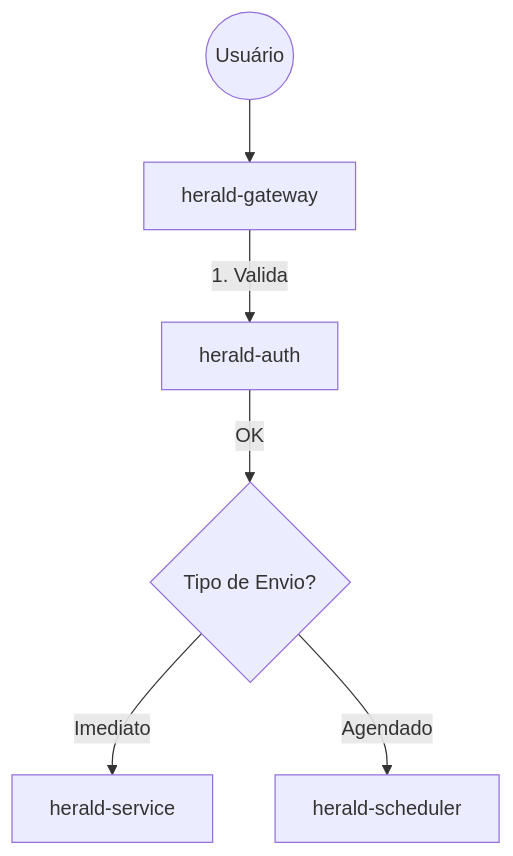
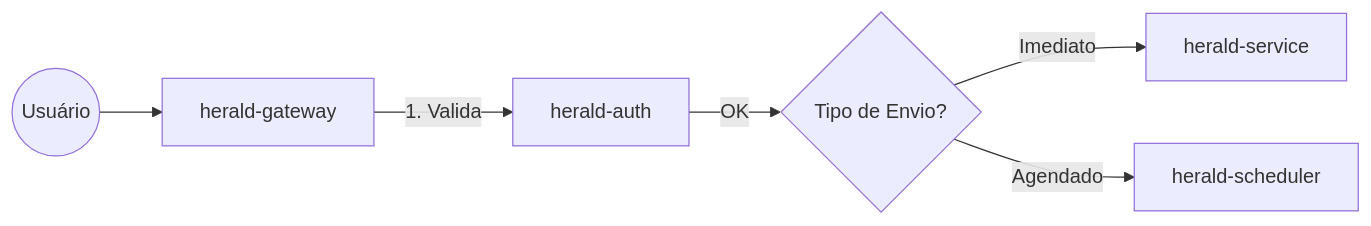
The diagram in README.md (YuriOlivs/herald), drawn with Mermaid before and after one commit.

Commit message:
Change graph direction from TD to LR in README

````diff
--- a/README.md
+++ b/README.md
@@ -24,8 +24,8 @@
 ```mermaid
-graph TD
+graph LR
     User((Usuário)) --> GW[herald-gateway]
     GW -->|1. Valida| Auth[herald-auth]
     Auth -->|OK| Decision{Tipo de Envio?}
     Decision -->|Imediato| Service[herald-service]
     Decision -->|Agendado| Sched[herald-scheduler]
 ```
````
